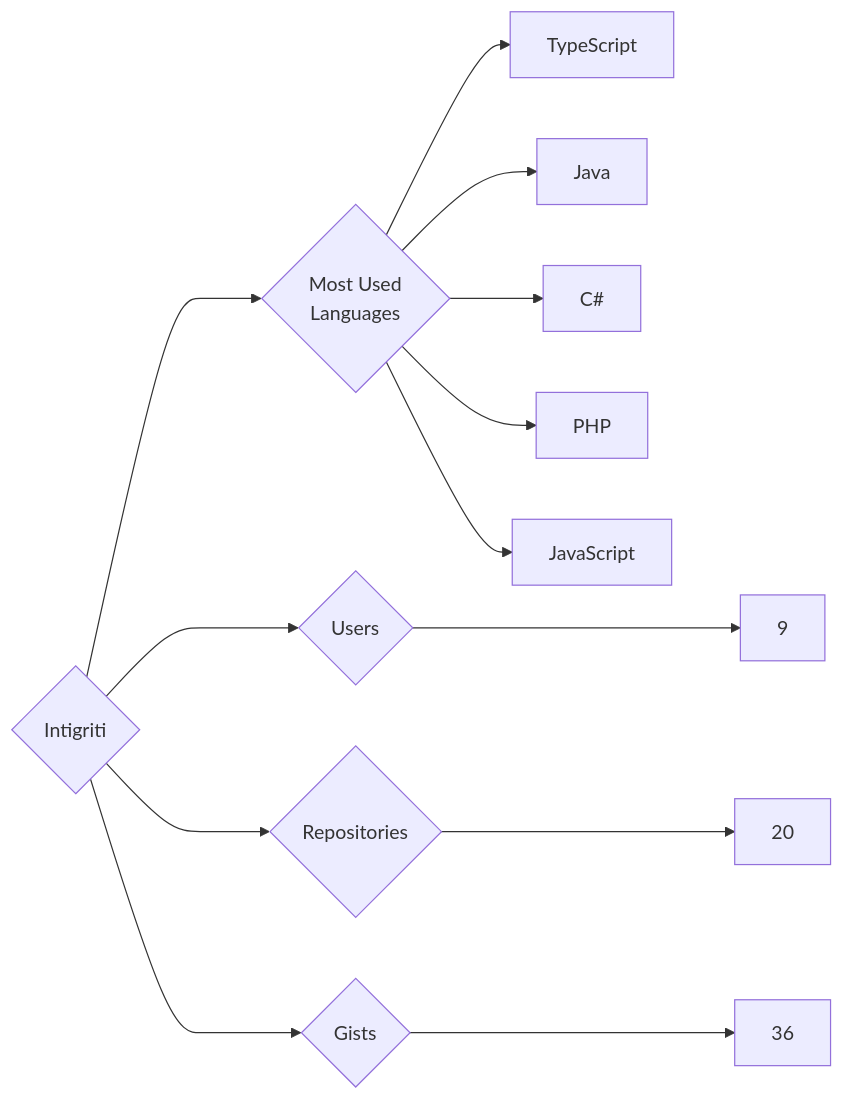
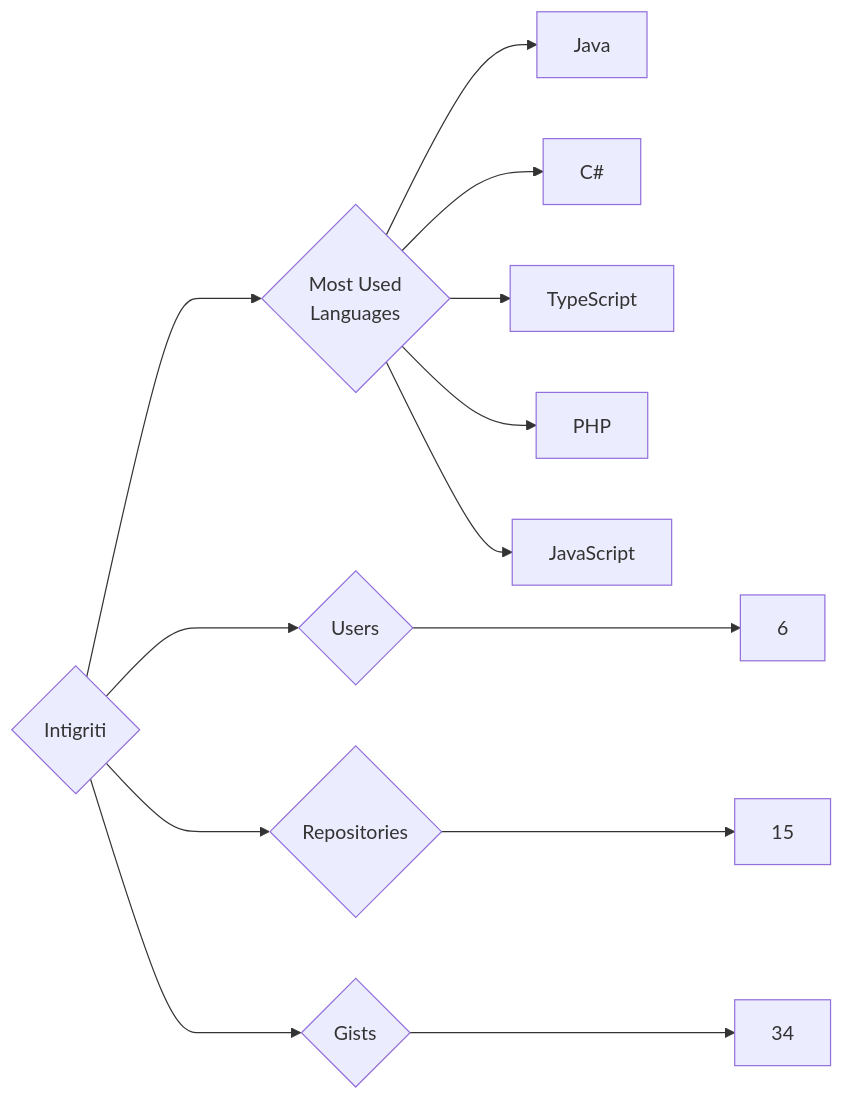
One commit to trickest/insiders changed the diagram in targets/Intigriti/README.md. Above: the diagram before and after it, drawn with Mermaid. The commit also changed 1078 other files, not shown here.

````diff
--- a/targets/Intigriti/README.md
+++ b/targets/Intigriti/README.md
@@ -3,13 +3,13 @@
 ```mermaid
 graph LR
 COMPANY_NAME{Intigriti}
-COMPANY_NAME ---> U{Users} ---> UN[9]
-COMPANY_NAME ---> R{Repositories} ---> RN[20]
-COMPANY_NAME ---> G{Gists} ---> GN[36]
+COMPANY_NAME ---> U{Users} ---> UN[6]
+COMPANY_NAME ---> R{Repositories} ---> RN[15]
+COMPANY_NAME ---> G{Gists} ---> GN[34]
 COMPANY_NAME ---> ML{Most Used<br>Languages}
-ML --> TypeScript[TypeScript]
 ML --> Java[Java]
 ML --> C#[C#]
+ML --> TypeScript[TypeScript]
 ML --> PHP[PHP]
 ML --> JavaScript[JavaScript]
 ```
````
